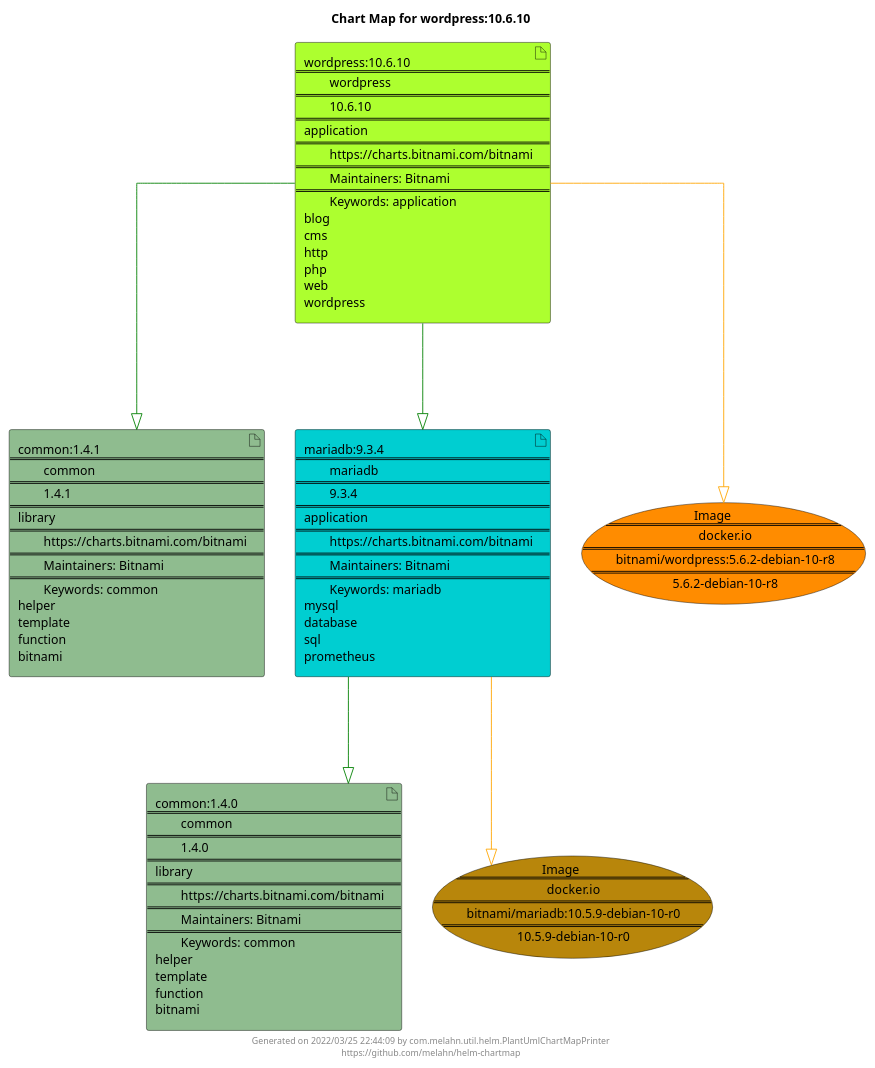
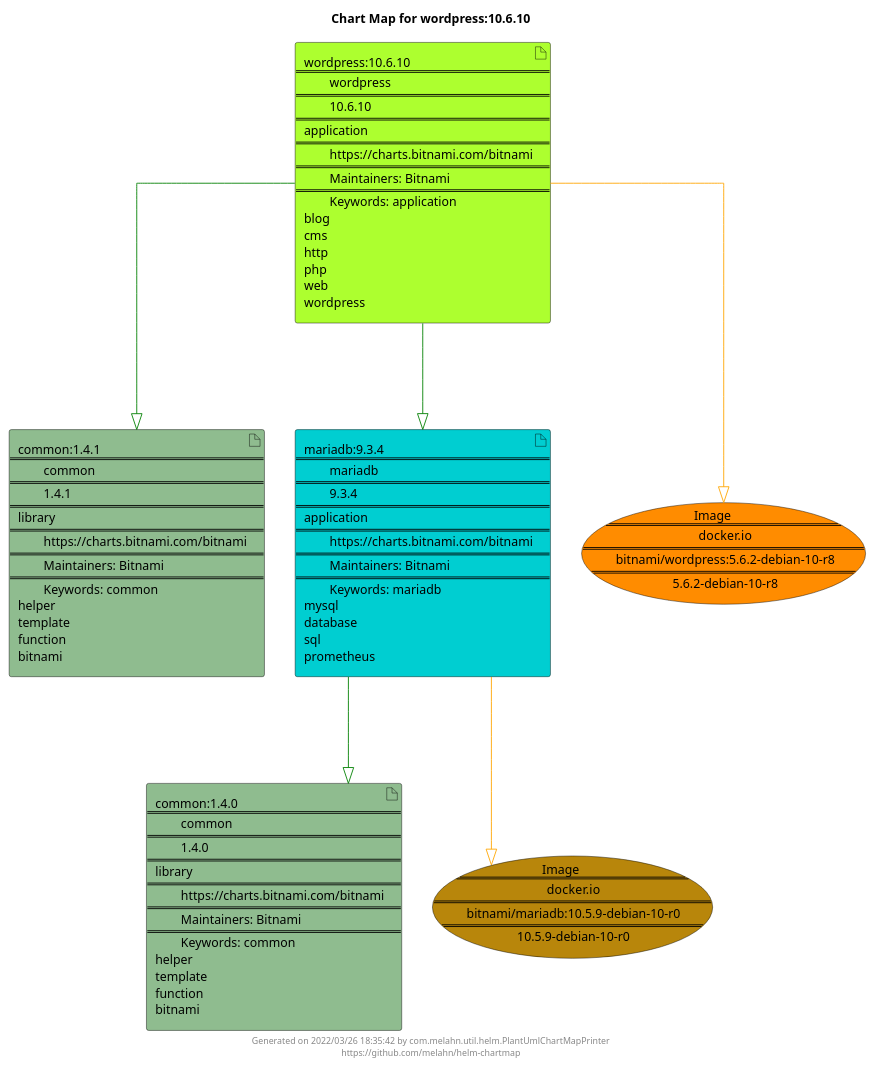
Before and after one commit to melahn/helm-chartmap: the diagram in docs/wordpress/wordpress-10.6.10.puml, drawn with PlantUML. The commit also changed 55 other files, not shown here.

Commit message:
Update Example Chart Maps as part of GitHub build

```diff
--- a/docs/wordpress/wordpress-10.6.10.puml
+++ b/docs/wordpress/wordpress-10.6.10.puml
@@ -1,29 +1,29 @@
 @startuml
 skinparam linetype ortho
 skinparam backgroundColor white
 skinparam usecaseBorderColor black
 skinparam usecaseArrowColor LightSlateGray
 skinparam artifactBorderColor black
 skinparam artifactArrowColor LightSlateGray
 
 title Chart Map for wordpress:10.6.10
 
 'There are 4 referenced Helm Charts
 artifact "common:1.4.1\n====\n\tcommon\n====\n\t1.4.1\n====\nlibrary\n====\n\thttps://charts.bitnami.com/bitnami\n====\n\tMaintainers: Bitnami\n====\n\tKeywords: common\nhelper\ntemplate\nfunction\nbitnami" as common_1_4_1 #DarkSeaGreen
 artifact "mariadb:9.3.4\n====\n\tmariadb\n====\n\t9.3.4\n====\napplication\n====\n\thttps://charts.bitnami.com/bitnami\n====\n\tMaintainers: Bitnami\n====\n\tKeywords: mariadb\nmysql\ndatabase\nsql\nprometheus" as mariadb_9_3_4 #DarkTurquoise
 artifact "common:1.4.0\n====\n\tcommon\n====\n\t1.4.0\n====\nlibrary\n====\n\thttps://charts.bitnami.com/bitnami\n====\n\tMaintainers: Bitnami\n====\n\tKeywords: common\nhelper\ntemplate\nfunction\nbitnami" as common_1_4_0 #DarkSeaGreen
 artifact "wordpress:10.6.10\n====\n\twordpress\n====\n\t10.6.10\n====\napplication\n====\n\thttps://charts.bitnami.com/bitnami\n====\n\tMaintainers: Bitnami\n====\n\tKeywords: application\nblog\ncms\nhttp\nphp\nweb\nwordpress" as wordpress_10_6_10 #GreenYellow
 
 'There are 2 referenced Docker Images
 usecase "Image\n====\n\tdocker.io\n====\n\tbitnami/wordpress:5.6.2-debian-10-r8\n====\n\t5.6.2-debian-10-r8" as docker_io_bitnami_wordpress_5_6_2_debian_10_r8 #Darkorange
 usecase "Image\n====\n\tdocker.io\n====\n\tbitnami/mariadb:10.5.9-debian-10-r0\n====\n\t10.5.9-debian-10-r0" as docker_io_bitnami_mariadb_10_5_9_debian_10_r0 #DarkGoldenRod
 
 'Chart Dependencies
-wordpress_10_6_10--[#green]-|>common_1_4_1
 wordpress_10_6_10--[#green]-|>mariadb_9_3_4
 mariadb_9_3_4--[#green]-|>common_1_4_0
+wordpress_10_6_10--[#green]-|>common_1_4_1
 mariadb_9_3_4--[#orange]-|>docker_io_bitnami_mariadb_10_5_9_debian_10_r0
 wordpress_10_6_10--[#orange]-|>docker_io_bitnami_wordpress_5_6_2_debian_10_r8
 
-center footer Generated on 2022/03/25 22:44:09 by com.melahn.util.helm.PlantUmlChartMapPrinter\nhttps://github.com/melahn/helm-chartmap
+center footer Generated on 2022/03/26 18:35:42 by com.melahn.util.helm.PlantUmlChartMapPrinter\nhttps://github.com/melahn/helm-chartmap
 @enduml
```
